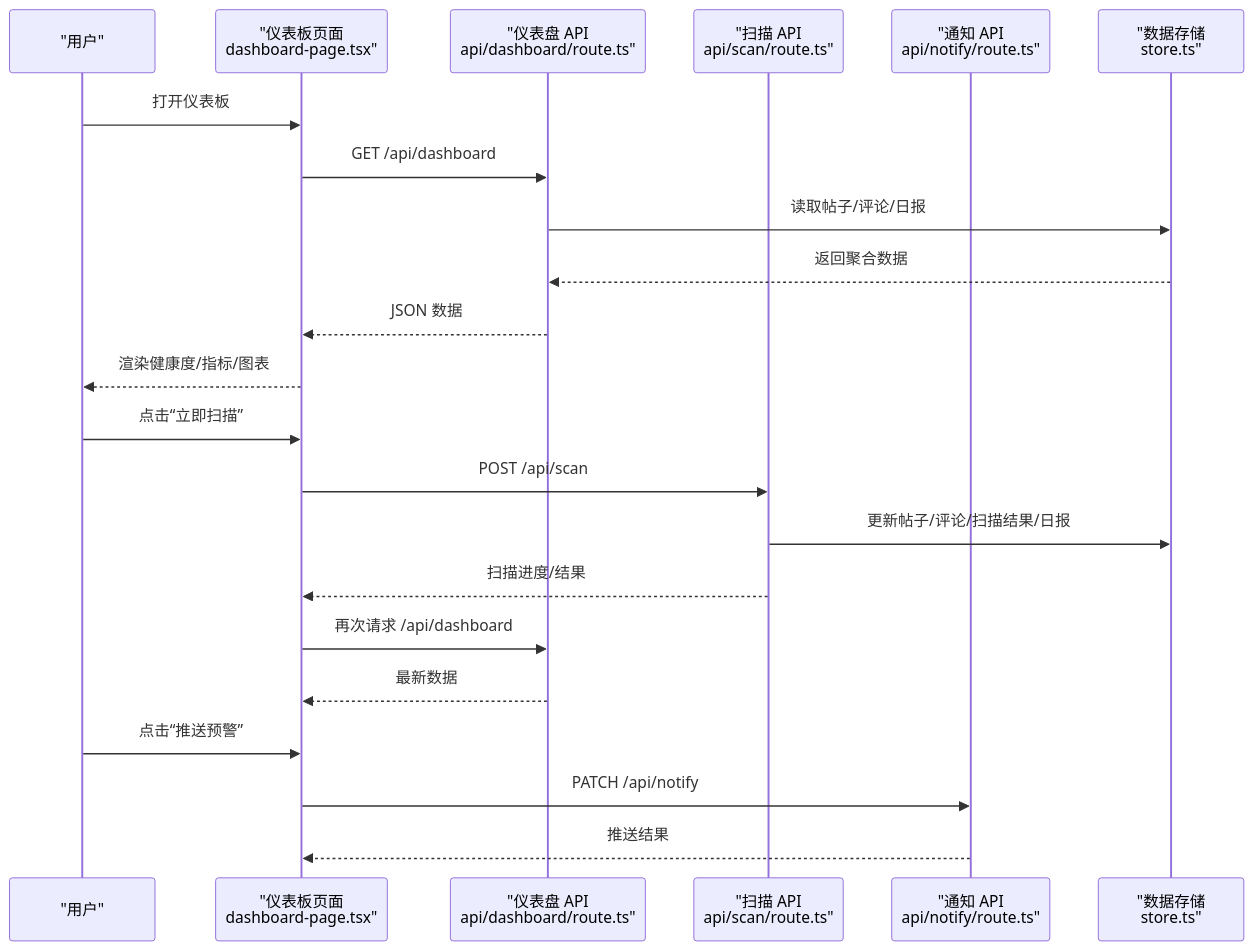
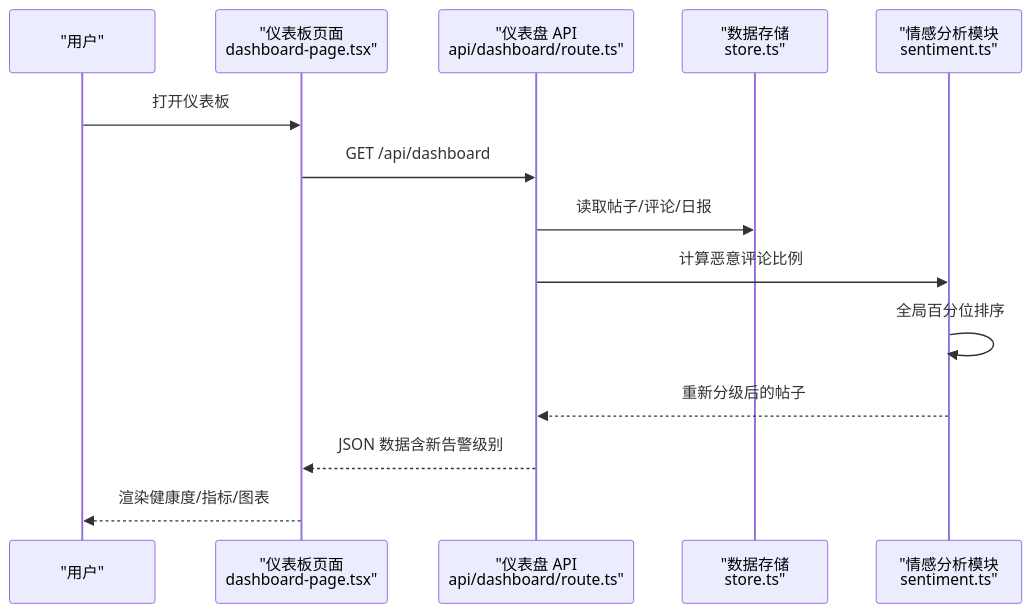
One commit to zezzezzez/reddit changed the second of 8 diagrams in .qoder/repowiki/zh/content/前端界面/仪表板组件.md. Above: the diagram before and after it, drawn with Mermaid. The commit also changed other lines of this file and 21 other files, not shown here.

````diff
--- a/.qoder/repowiki/zh/content/前端界面/仪表板组件.md
+++ b/.qoder/repowiki/zh/content/前端界面/仪表板组件.md
@@ -117,24 +138,16 @@
 ```mermaid
 sequenceDiagram
 participant U as "用户"
 participant P as "仪表板页面<br/>dashboard-page.tsx"
 participant A1 as "仪表盘 API<br/>api/dashboard/route.ts"
-participant A2 as "扫描 API<br/>api/scan/route.ts"
-participant A3 as "通知 API<br/>api/notify/route.ts"
 participant S as "数据存储<br/>store.ts"
+participant SA as "情感分析模块<br/>sentiment.ts"
 U->>P : 打开仪表板
 P->>A1 : GET /api/dashboard
 A1->>S : 读取帖子/评论/日报
-S-->>A1 : 返回聚合数据
-A1-->>P : JSON 数据
+A1->>SA : 计算恶意评论比例
+SA->>SA : 全局百分位排序
+SA-->>A1 : 重新分级后的帖子
+A1-->>P : JSON 数据含新告警级别
 P-->>U : 渲染健康度/指标/图表
-U->>P : 点击“立即扫描”
-P->>A2 : POST /api/scan
-A2->>S : 更新帖子/评论/扫描结果/日报
-A2-->>P : 扫描进度/结果
-P->>A1 : 再次请求 /api/dashboard
-A1-->>P : 最新数据
-U->>P : 点击“推送预警”
-P->>A3 : PATCH /api/notify
-A3-->>P : 推送结果
 ```
````
